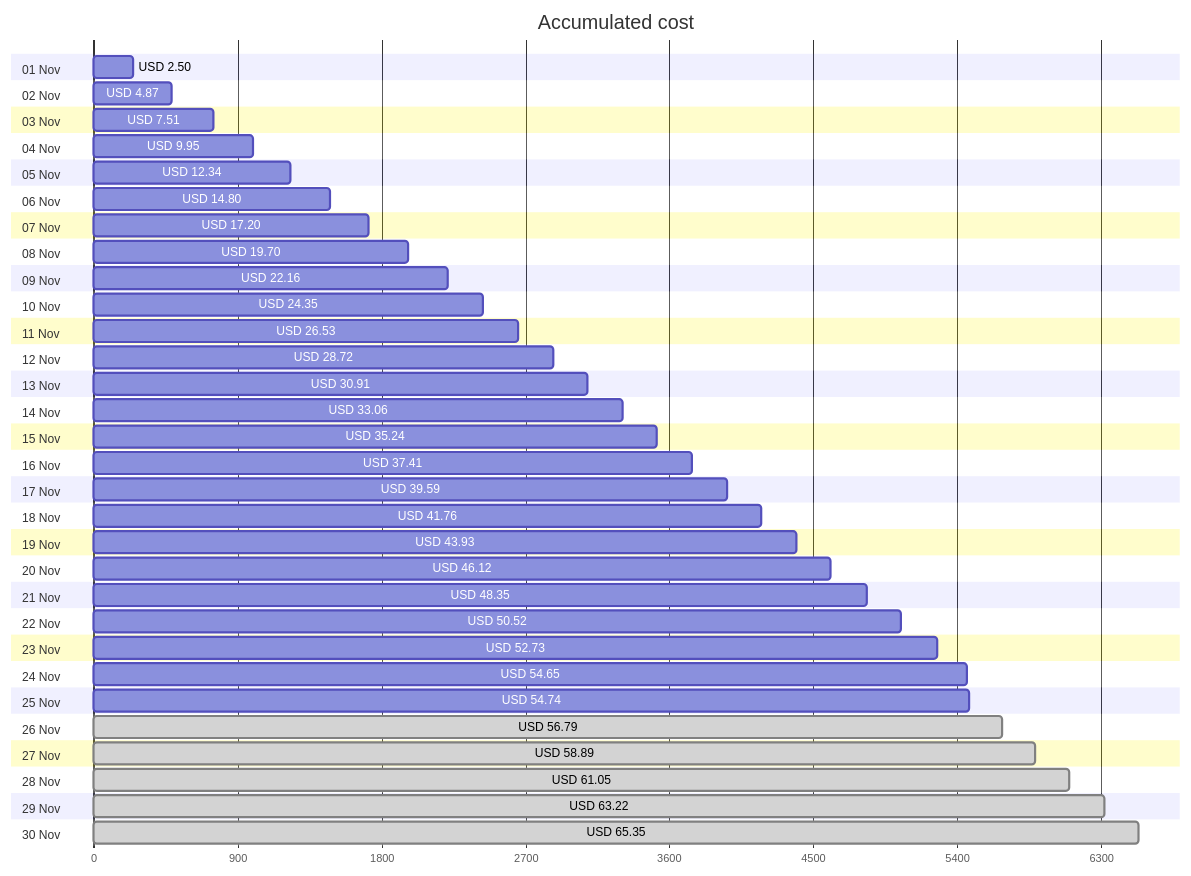
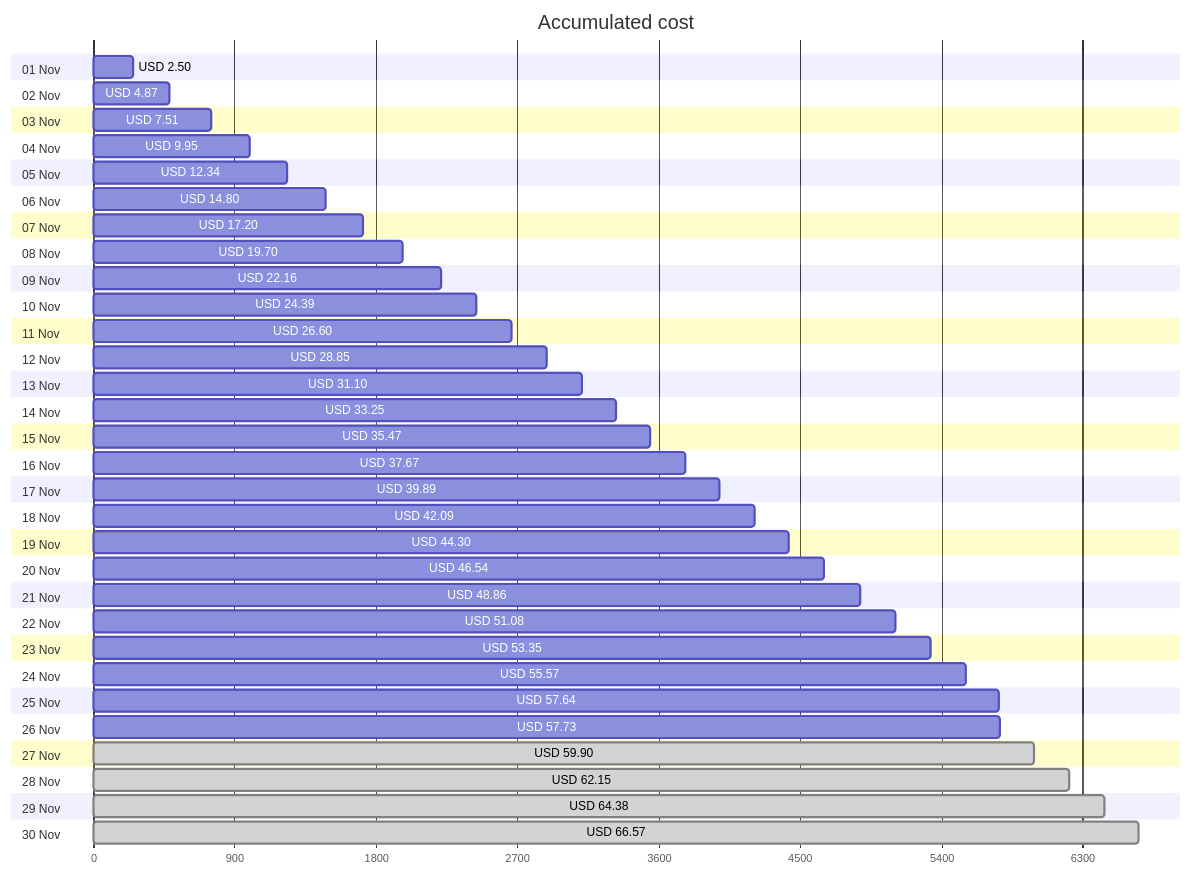
The first of 4 diagrams in cost-reports/accumulated-cost.md (jpfulton/azure-personal-reports), drawn with Mermaid before and after one commit. The commit also changed other lines of this file and 4 other files, not shown here.

````diff
--- a/cost-reports/accumulated-cost.md
+++ b/cost-reports/accumulated-cost.md
@@ -20,66 +20,66 @@
 ```mermaid
 gantt
    title Accumulated cost
    dateFormat  X
    axisFormat %s
    section 01 Nov
    USD 2.50 :0, 250
    section 02 Nov
    USD 4.87 :0, 487
    section 03 Nov
    USD 7.51 :0, 751
    section 04 Nov
    USD 9.95 :0, 995
    section 05 Nov
    USD 12.34 :0, 1234
    section 06 Nov
    USD 14.80 :0, 1480
    section 07 Nov
    USD 17.20 :0, 1720
    section 08 Nov
    USD 19.70 :0, 1970
    section 09 Nov
    USD 22.16 :0, 2216
    section 10 Nov
-   USD 24.35 :0, 2435
+   USD 24.39 :0, 2439
    section 11 Nov
-   USD 26.53 :0, 2653
+   USD 26.60 :0, 2660
    section 12 Nov
-   USD 28.72 :0, 2872
+   USD 28.85 :0, 2885
    section 13 Nov
-   USD 30.91 :0, 3091
+   USD 31.10 :0, 3110
    section 14 Nov
-   USD 33.06 :0, 3306
+   USD 33.25 :0, 3325
    section 15 Nov
-   USD 35.24 :0, 3524
+   USD 35.47 :0, 3547
    section 16 Nov
-   USD 37.41 :0, 3741
+   USD 37.67 :0, 3767
    section 17 Nov
-   USD 39.59 :0, 3959
+   USD 39.89 :0, 3989
    section 18 Nov
-   USD 41.76 :0, 4176
+   USD 42.09 :0, 4209
    section 19 Nov
-   USD 43.93 :0, 4393
+   USD 44.30 :0, 4430
    section 20 Nov
-   USD 46.12 :0, 4612
+   USD 46.54 :0, 4654
    section 21 Nov
-   USD 48.35 :0, 4835
+   USD 48.86 :0, 4886
    section 22 Nov
-   USD 50.52 :0, 5052
+   USD 51.08 :0, 5108
    section 23 Nov
-   USD 52.73 :0, 5273
+   USD 53.35 :0, 5335
    section 24 Nov
-   USD 54.65 :0, 5465
+   USD 55.57 :0, 5557
    section 25 Nov
-   USD 54.74 :0, 5474
+   USD 57.64 :0, 5764
    section 26 Nov
-   USD 56.79 : done, 0, 5679
+   USD 57.73 :0, 5773
    section 27 Nov
-   USD 58.89 : done, 0, 5889
+   USD 59.90 : done, 0, 5990
    section 28 Nov
-   USD 61.05 : done, 0, 6105
+   USD 62.15 : done, 0, 6215
    section 29 Nov
-   USD 63.22 : done, 0, 6322
+   USD 64.38 : done, 0, 6438
    section 30 Nov
-   USD 65.35 : done, 0, 6535
+   USD 66.57 : done, 0, 6657
 ```
````
